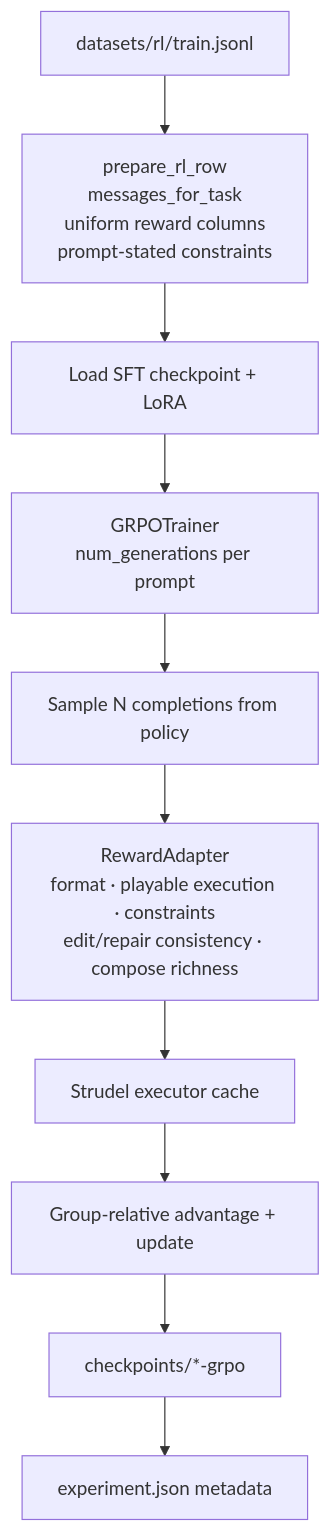
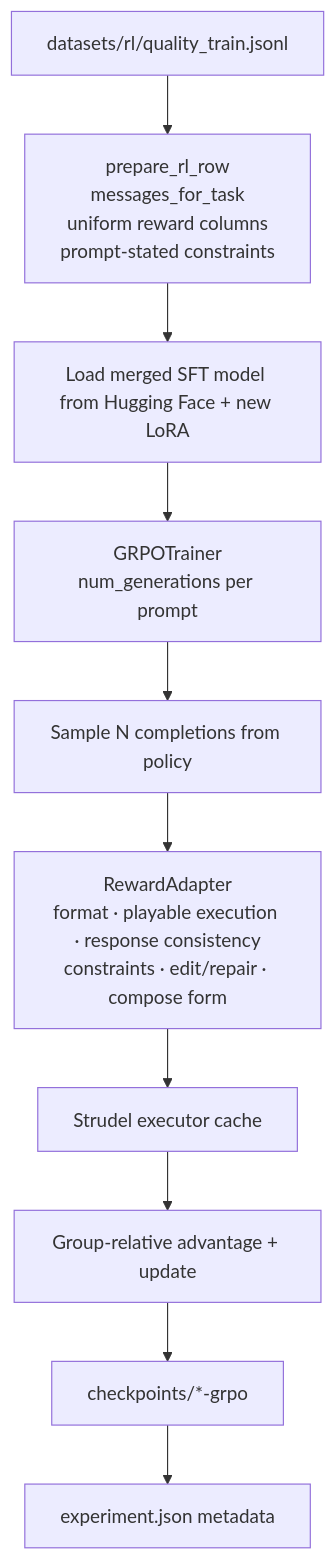
One commit to shanmukh05/TuneLM changed the sixth of 7 diagrams in docs/workflows.md. Above: the diagram before and after it, drawn with Mermaid. The commit also changed 45 other files, not shown here.

````diff
--- a/docs/workflows.md
+++ b/docs/workflows.md
@@ -126,12 +126,12 @@
 ```mermaid
 flowchart TD
-  A[datasets/rl/train.jsonl] --> B[prepare_rl_row<br/>messages_for_task<br/>uniform reward columns<br/>prompt-stated constraints]
-  B --> C[Load SFT checkpoint + LoRA]
+  A[datasets/rl/quality_train.jsonl] --> B[prepare_rl_row<br/>messages_for_task<br/>uniform reward columns<br/>prompt-stated constraints]
+  B --> C[Load merged SFT model from Hugging Face + new LoRA]
   C --> D[GRPOTrainer<br/>num_generations per prompt]
   D --> E[Sample N completions from policy]
-  E --> F[RewardAdapter<br/>format · playable execution · constraints<br/>edit/repair consistency · compose richness]
+  E --> F[RewardAdapter<br/>format · playable execution · response consistency<br/>constraints · edit/repair · compose form]
   F --> G[Strudel executor cache]
   G --> H[Group-relative advantage + update]
   H --> I[checkpoints/*-grpo]
   I --> J[experiment.json metadata]
 ```
````
